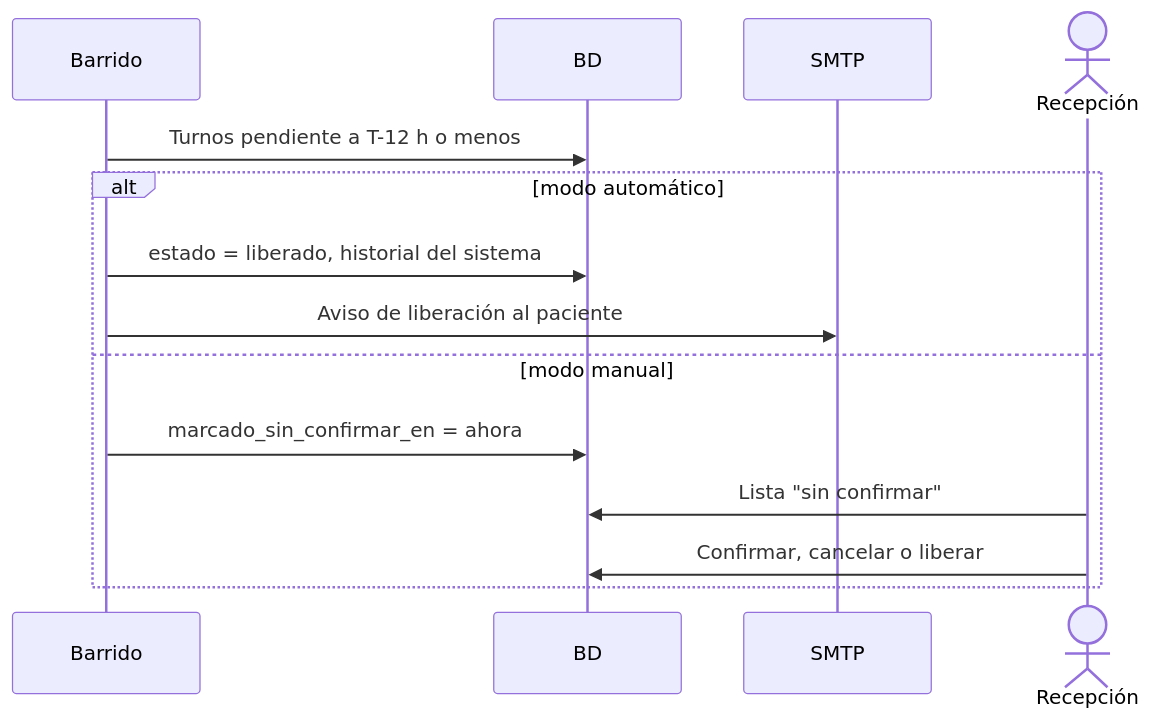
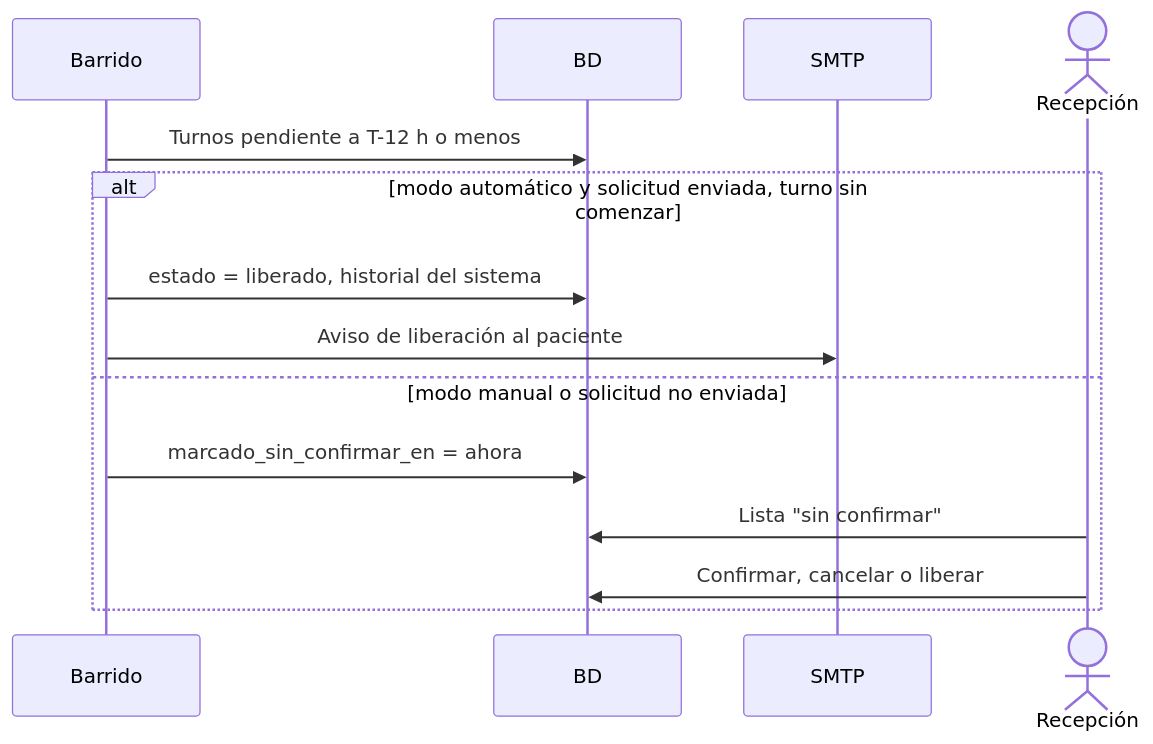
Before and after one commit to ismaelsuarez/desarrollo_Active_Stack: the fourth of 5 diagrams in knowledge-base/07_flujos_principales.md, drawn with Mermaid. The commit also changed other lines of this file and 15 other files, not shown here.

````diff
--- a/knowledge-base/07_flujos_principales.md
+++ b/knowledge-base/07_flujos_principales.md
@@ -189,16 +213,16 @@
 ```mermaid
 sequenceDiagram
     participant W as Barrido
     participant B as BD
     participant S as SMTP
     actor R as Recepción
     W->>B: Turnos pendiente a T-12 h o menos
-    alt modo automático
+    alt modo automático y solicitud enviada, turno sin comenzar
         W->>B: estado = liberado, historial del sistema
         W->>S: Aviso de liberación al paciente
-    else modo manual
+    else modo manual o solicitud no enviada
         W->>B: marcado_sin_confirmar_en = ahora
         R->>B: Lista "sin confirmar"
         R->>B: Confirmar, cancelar o liberar
     end
 ```
````
